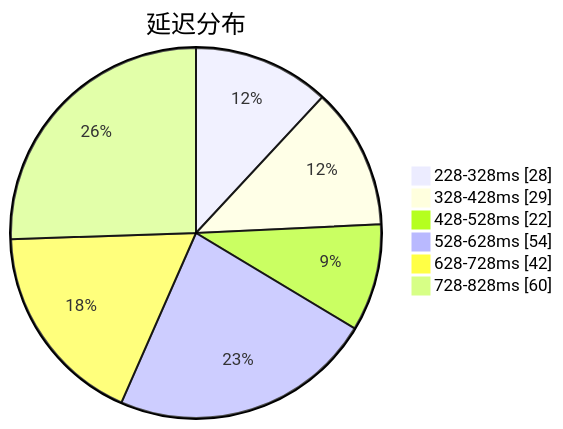
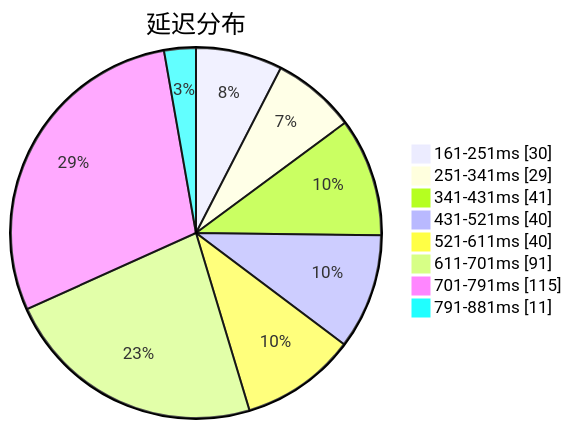
Before and after one commit to qjlxg/airport: the first of 3 diagrams in subs/statistics/tested_within.md, drawn with Mermaid. The commit also changed other lines of this file and 2 other files, not shown here.

````diff
--- a/subs/statistics/tested_within.md
+++ b/subs/statistics/tested_within.md
@@ -2,10 +2,12 @@
 ```mermaid
 pie showData
 title 延迟分布
-"228-328ms" : 28
-"328-428ms" : 29
-"428-528ms" : 22
-"528-628ms" : 54
-"628-728ms" : 42
-"728-828ms" : 60
+"161-251ms" : 30
+"251-341ms" : 29
+"341-431ms" : 41
+"431-521ms" : 40
+"521-611ms" : 40
+"611-701ms" : 91
+"701-791ms" : 115
+"791-881ms" : 11
 ```
````
